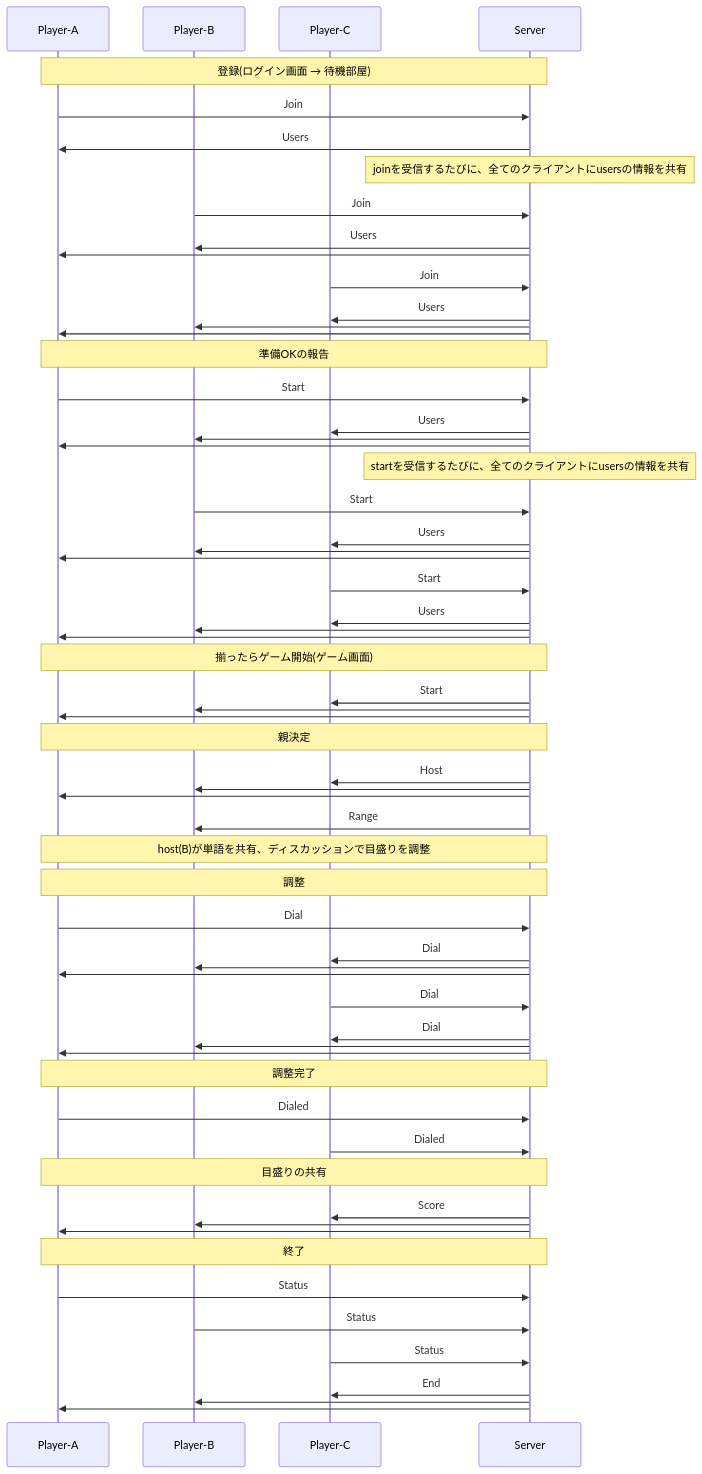
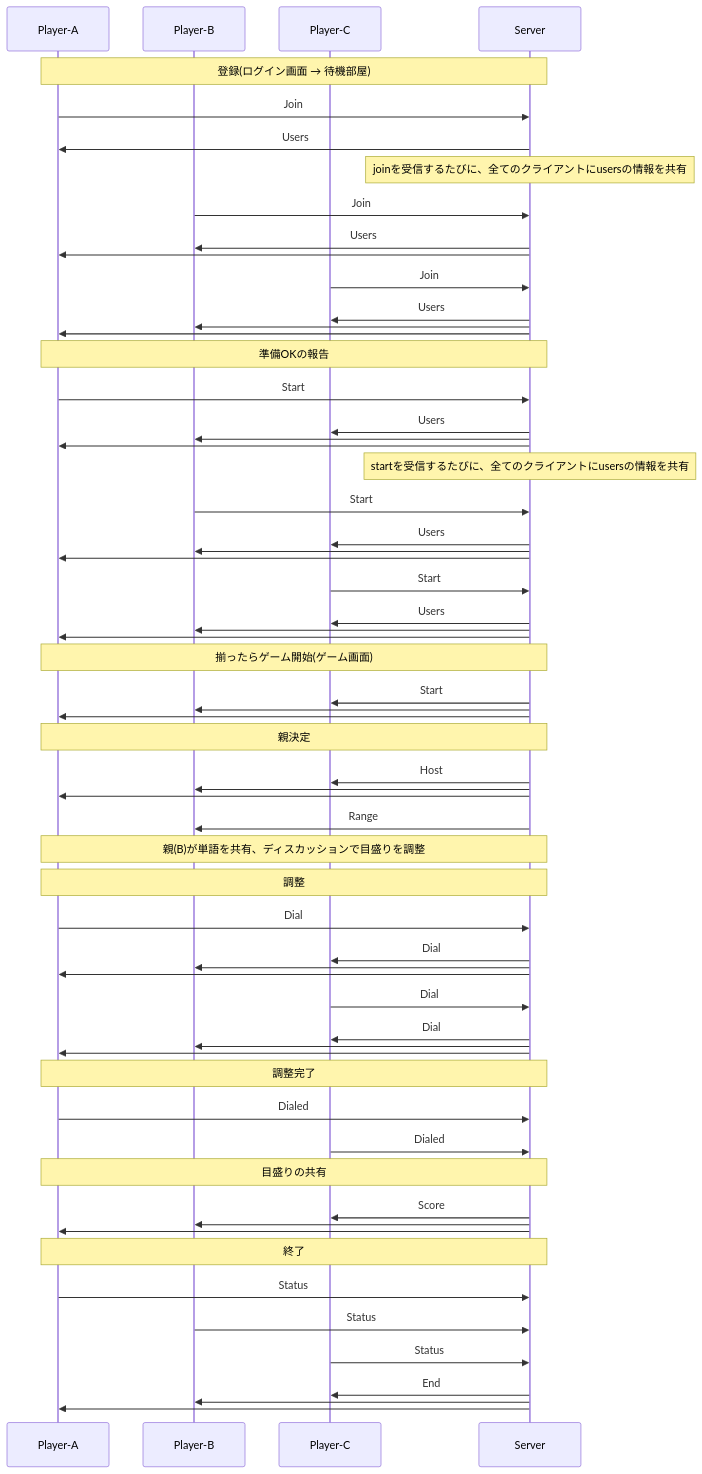
Before and after one commit to we-can-panic/nimgame: the diagram in wavelength/api.md, drawn with Mermaid.

````diff
--- a/wavelength/api.md
+++ b/wavelength/api.md
@@ -175,66 +175,66 @@
 ```mermaid
 sequenceDiagram
   participant A as Player-A
   participant B as Player-B
   participant C as Player-C
   participant S as Server
   Note over A, S: 登録(ログイン画面 → 待機部屋)
   A ->> S: Join
   S ->> A: Users
   Note over S: joinを受信するたびに、全てのクライアントにusersの情報を共有
   B ->> S: Join
   S ->> B: Users
   S ->> A: 
   C ->> S: Join
   S ->> C: Users
   S ->> B: 
   S ->> A: 
   Note over A, S: 準備OKの報告
   A ->> S: Start
   S ->> C: Users
   S ->> B: 
   S ->> A: 
   Note over S: startを受信するたびに、全てのクライアントにusersの情報を共有
   B ->> S: Start
   S ->> C: Users
   S ->> B: 
   S ->> A: 
   C ->> S: Start
   S ->> C: Users
   S ->> B: 
   S ->> A: 
   Note over A, S: 揃ったらゲーム開始(ゲーム画面)
   S ->> C: Start
   S ->> B: 
   S ->> A: 
   Note over A, S: 親決定
   S ->> C: Host
   S ->> B: 
   S ->> A: 
   S ->> B: Range
-  Note over A, S: host(B)が単語を共有、ディスカッションで目盛りを調整
+  Note over A, S: 親(B)が単語を共有、ディスカッションで目盛りを調整
   Note over A, S: 調整
   A ->> S: Dial
   S ->> C: Dial
   S ->> B: 
   S ->> A: 
   C ->> S: Dial
   S ->> C: Dial
   S ->> B: 
   S ->> A: 
   Note over A, S: 調整完了
   A ->> S: Dialed
   C ->> S: Dialed
   Note over A, S: 目盛りの共有
   S ->> C: Score
   S ->> B: 
   S ->> A: 
   Note over A, S: 終了
   A ->> S: Status
   B ->> S: Status
   C ->> S: Status
   S ->> C: End
   S ->> B: 
   S ->> A: 
 
 ```
````
